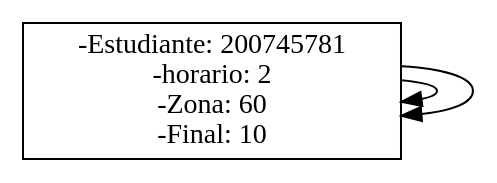
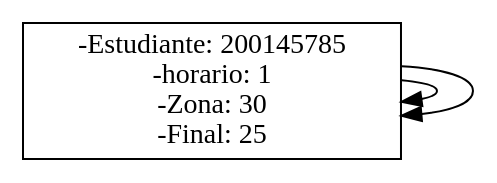
One commit to cresb-49/PROYECTO_FINAL_EDD changed the diagram in Sistema_Asignacion/Asignaciones.dot. Above: the diagram before and after it, drawn with Graphviz. The commit also changed 4 other files, not shown here.

```diff
--- a/Sistema_Asignacion/Asignaciones.dot
+++ b/Sistema_Asignacion/Asignaciones.dot
@@ -1,13 +1,13 @@
 digraph ASIGNACION {
 node[shape = box,height=.1];
 
-nodeLC_ASIGN200745781[label = "-Estudiante: 200745781
--horario: 2
--Zona: 60
--Final: 10",group=1];
+nodeLC_ASIGN200145785[label = "-Estudiante: 200145785
+-horario: 1
+-Zona: 30
+-Final: 25",group=1];
 { rank = same;
-nodeLC_ASIGN200745781;
+nodeLC_ASIGN200145785;
 }
-nodeLC_ASIGN200745781 -> nodeLC_ASIGN200745781;
-nodeLC_ASIGN200745781 -> nodeLC_ASIGN200745781;
+nodeLC_ASIGN200145785 -> nodeLC_ASIGN200145785;
+nodeLC_ASIGN200145785 -> nodeLC_ASIGN200145785;
 }
```
